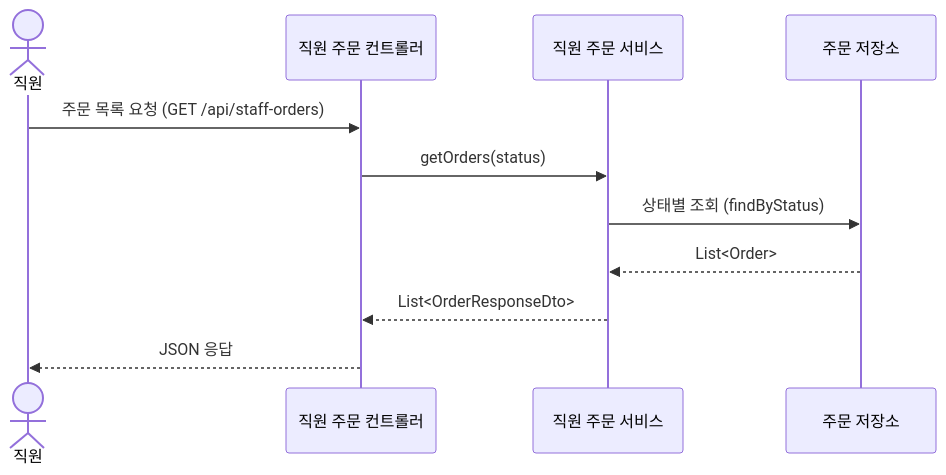
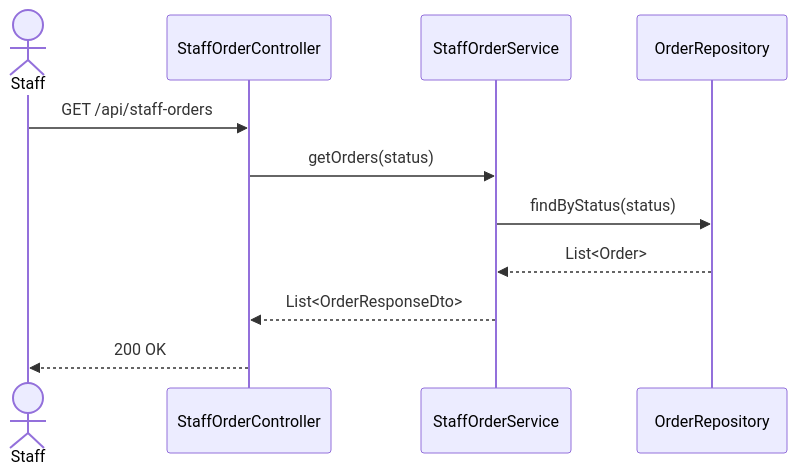
One commit to bobbobbob1010/SoftwareEngineering changed the fifth of 8 diagrams in docs/시퀀스_다이어그램.md. Above: the diagram before and after it, drawn with Mermaid. The commit also changed other lines of this file, not shown here.

````diff
--- a/docs/시퀀스_다이어그램.md
+++ b/docs/시퀀스_다이어그램.md
@@ -121,14 +121,14 @@
 ```mermaid
 sequenceDiagram
-    actor Staff as 직원
-    participant StaffOrderController as 직원 주문 컨트롤러
-    participant StaffOrderService as 직원 주문 서비스
-    participant OrderRepository as 주문 저장소
+    actor Staff
+    participant StaffOrderController
+    participant StaffOrderService
+    participant OrderRepository
 
-    Staff->>StaffOrderController: 주문 목록 요청 (GET /api/staff-orders)
+    Staff->>StaffOrderController: GET /api/staff-orders
     StaffOrderController->>StaffOrderService: getOrders(status)
-    StaffOrderService->>OrderRepository: 상태별 조회 (findByStatus)
+    StaffOrderService->>OrderRepository: findByStatus(status)
     OrderRepository-->>StaffOrderService: List<Order>
     StaffOrderService-->>StaffOrderController: List<OrderResponseDto>
-    StaffOrderController-->>Staff: JSON 응답
+    StaffOrderController-->>Staff: 200 OK
 ```
````
